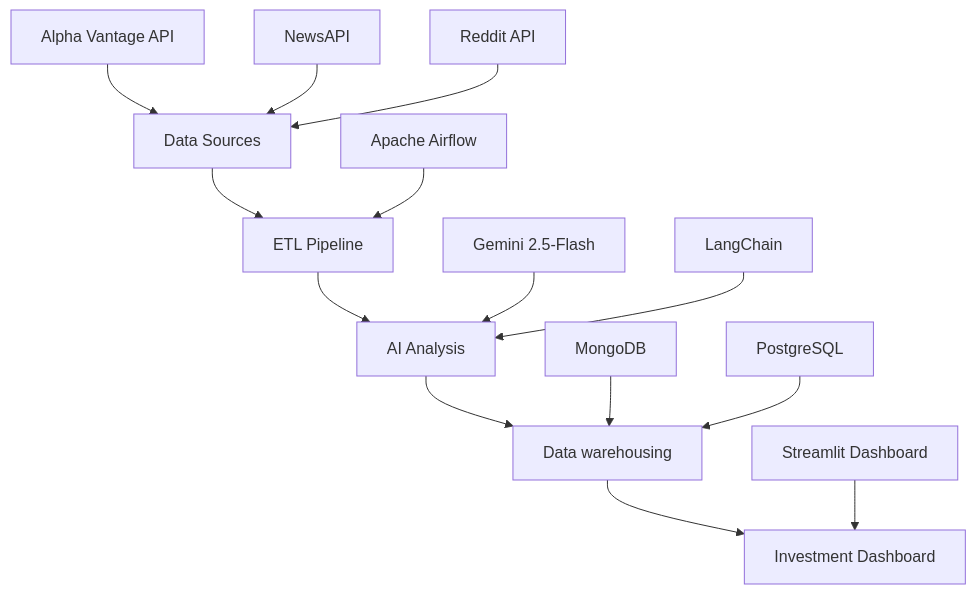
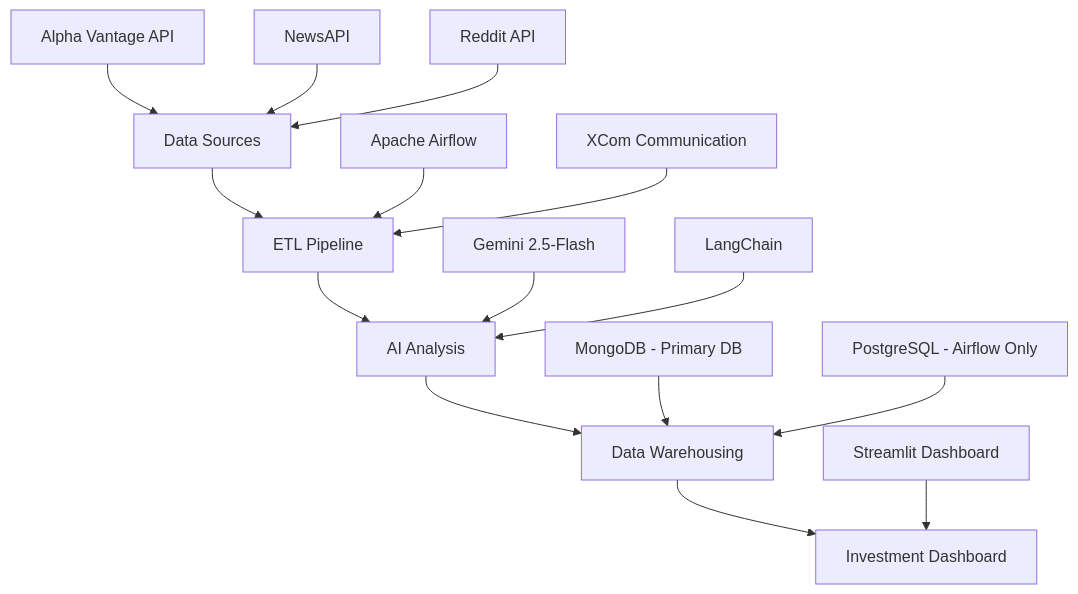
One commit to Basengalenga/Tesla_AI_Investing_Tool changed the first of 3 diagrams in README.md. Above: the diagram before and after it, drawn with Mermaid. The commit also changed other lines of this file, not shown here.

````diff
--- a/README.md
+++ b/README.md
@@ -41,23 +41,22 @@
 ```mermaid
 graph TB
     A[Data Sources] --> B[ETL Pipeline]
     B --> C[AI Analysis]
-    C --> D[Data warehousing]
+    C --> D[Data Warehousing]
     D --> E[Investment Dashboard]
     
     A1[Alpha Vantage API] --> A
     A2[NewsAPI] --> A
     A3[Reddit API] --> A
     
     B1[Apache Airflow] --> B
+    B2[XCom Communication] --> B
 
     C1[Gemini 2.5-Flash] --> C
     C2[LangChain] --> C
 
-    D1[MongoDB] --> D
-    D2[PostgreSQL] --> D
-    
-    
+    D1[MongoDB - Primary DB] --> D
+    D2[PostgreSQL - Airflow Only] --> D
     
     E1[Streamlit Dashboard] --> E
 ```
````
